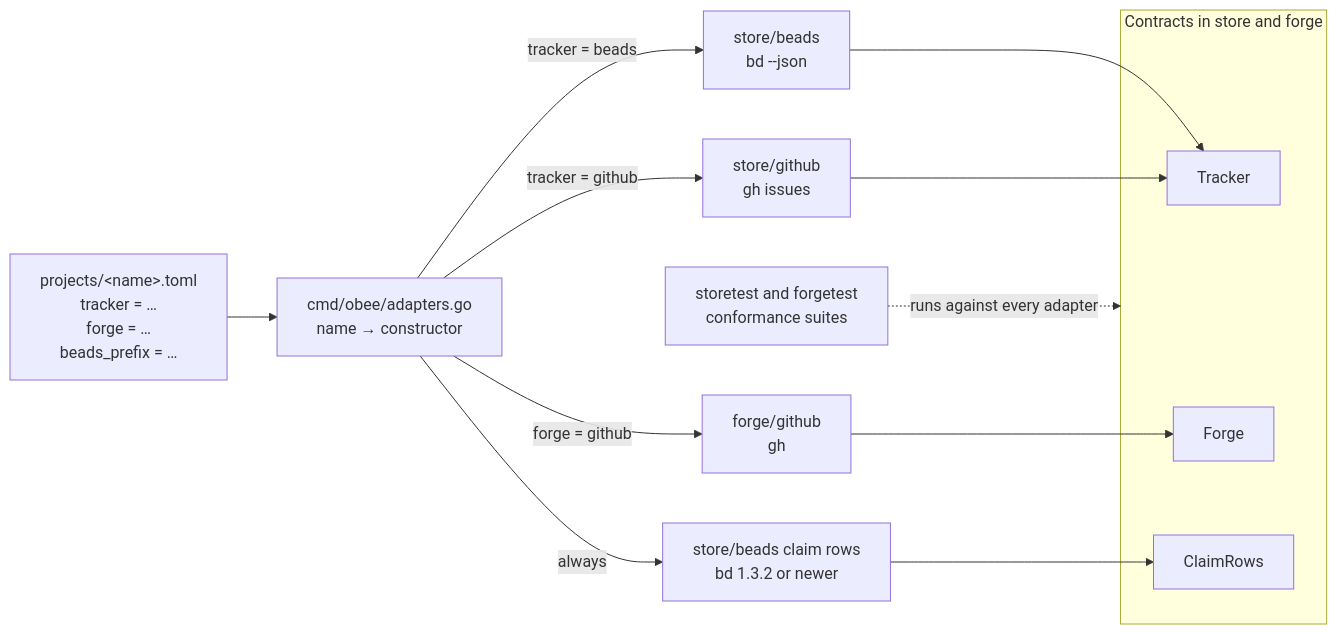
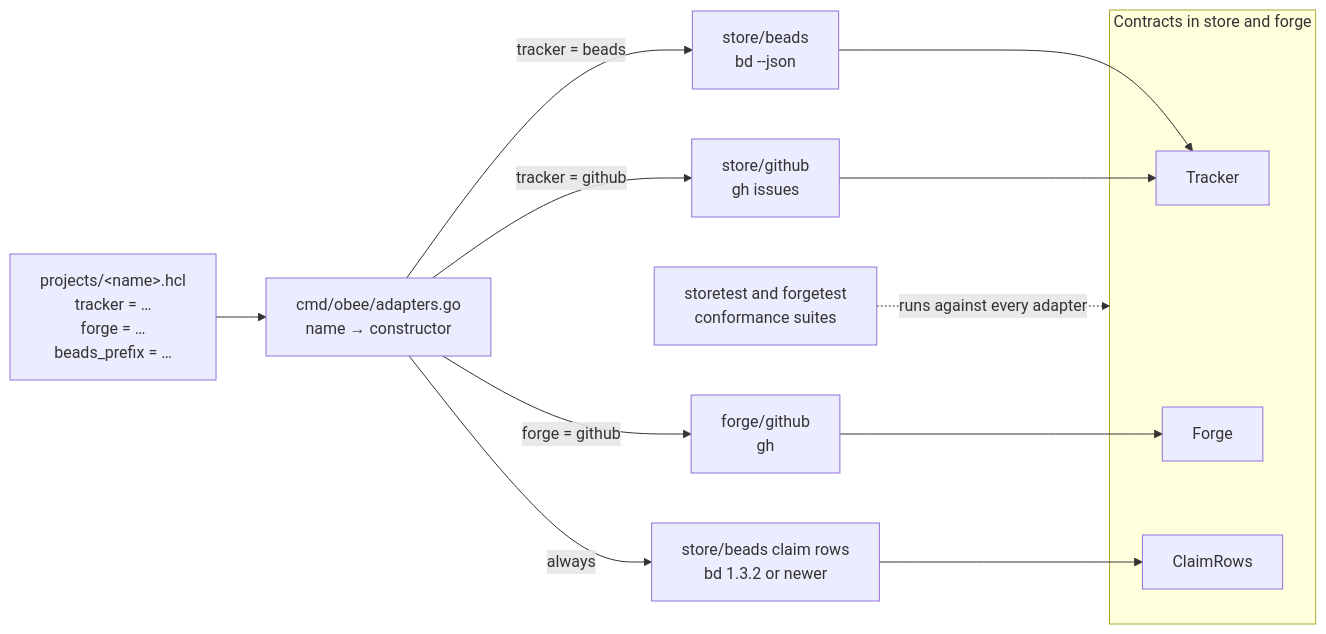
One commit to tobocop2/beehave changed the second of 3 diagrams in docs/architecture.md. Above: the diagram before and after it, drawn with Mermaid. The commit also changed other lines of this file and 34 other files, not shown here.

````diff
--- a/docs/architecture.md
+++ b/docs/architecture.md
@@ -116,29 +123,29 @@
 ```mermaid
 flowchart LR
-    project["projects/&lt;name&gt;.toml<br/>tracker = …<br/>forge = …<br/>beads_prefix = …"]
+    project["projects/&lt;name&gt;.hcl<br/>tracker = …<br/>forge = …<br/>beads_prefix = …"]
     table["cmd/obee/adapters.go<br/>name → constructor"]
 
     subgraph contracts["Contracts in store and forge"]
         Tracker
         Forge
         ClaimRows
     end
 
     beads["store/beads<br/>bd --json"]
     ghissues["store/github<br/>gh issues"]
     github["forge/github<br/>gh"]
     lease["store/beads claim rows<br/>bd 1.3.2 or newer"]
 
     project --> table
     table -- "tracker = beads" --> beads
     table -- "tracker = github" --> ghissues
     table -- "forge = github" --> github
     table -- "always" --> lease
 
     beads --> Tracker
     ghissues --> Tracker
     github --> Forge
     lease --> ClaimRows
 
     suite["storetest and forgetest<br/>conformance suites"] -. "runs against every adapter" .-> contracts
 ```
````
